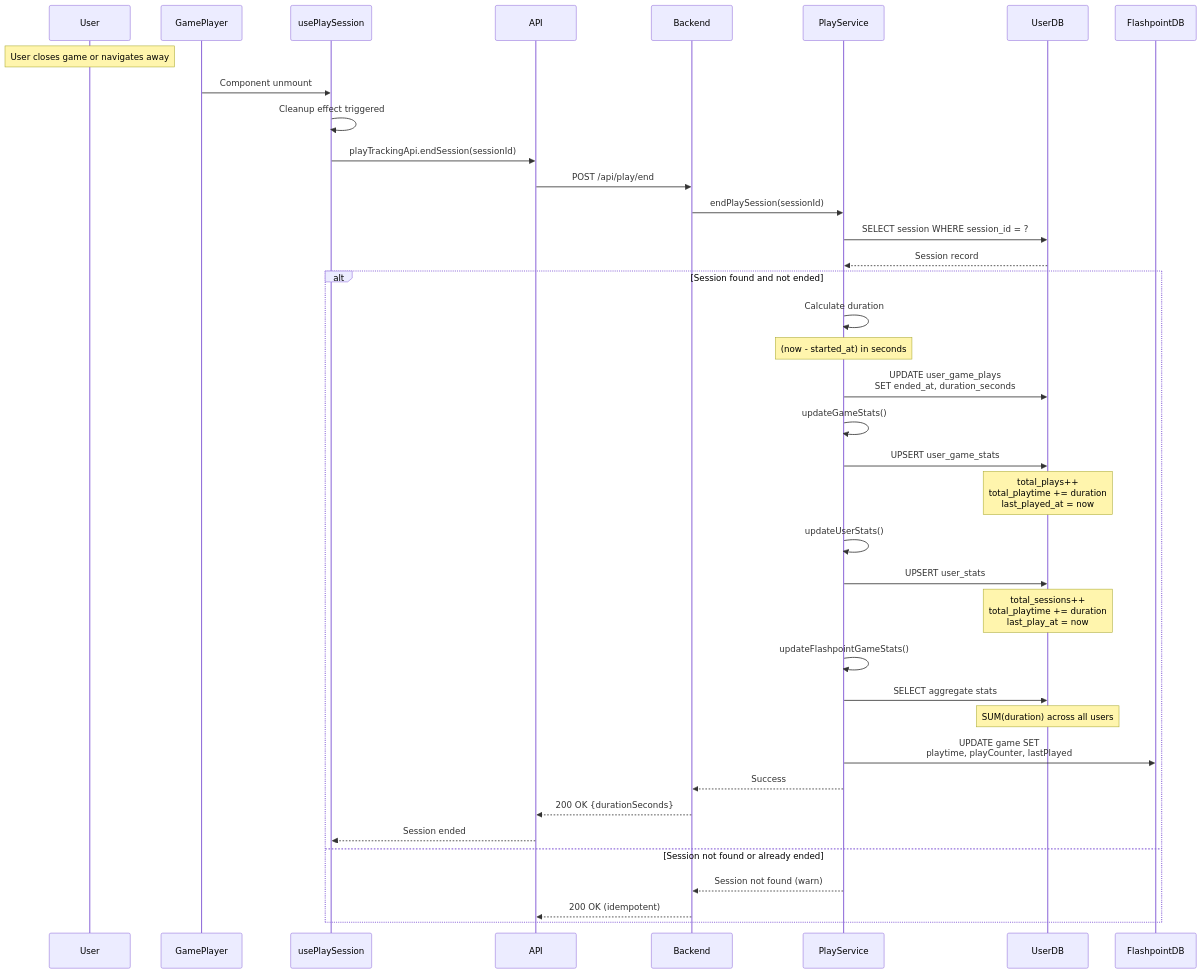
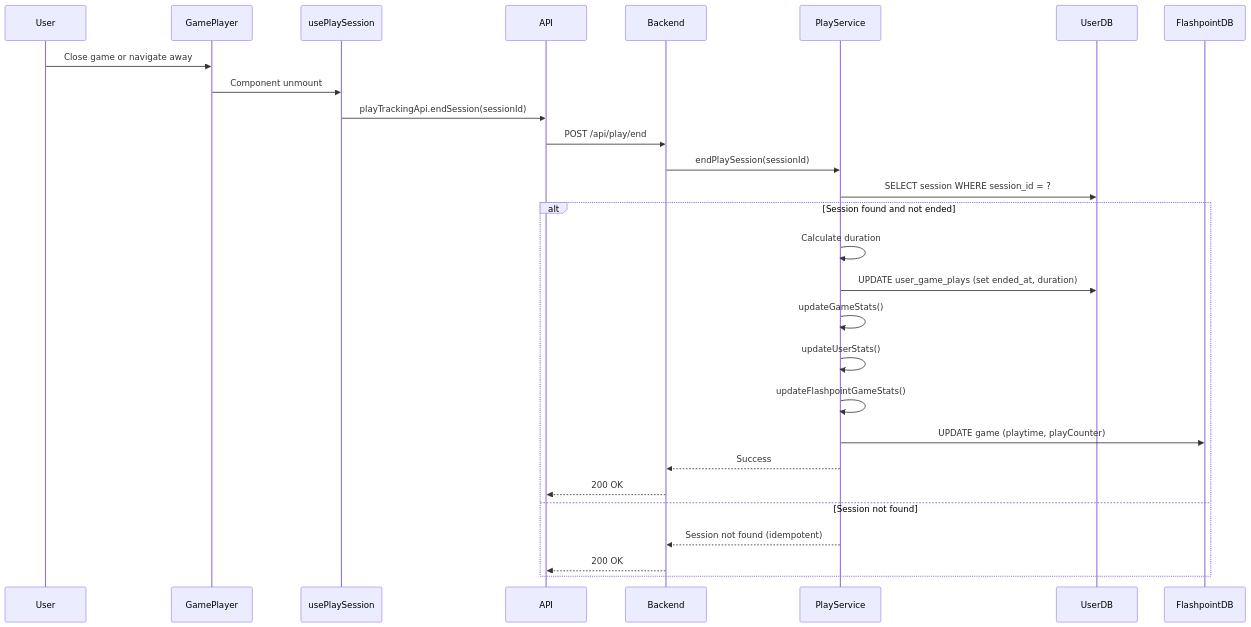
Before and after one commit to darkraise/flashpoint-web: the third of 5 diagrams in docs/02-architecture/play-tracking-flow.md, drawn with Mermaid. The commit also changed other lines of this file and 98 other files, not shown here.

````diff
--- a/docs/02-architecture/play-tracking-flow.md
+++ b/docs/02-architecture/play-tracking-flow.md
@@ -223,52 +156,33 @@
 ```mermaid
 sequenceDiagram
     participant User
     participant GamePlayer
     participant usePlaySession
     participant API
     participant Backend
     participant PlayService
     participant UserDB
     participant FlashpointDB
 
-    Note over User: User closes game or navigates away
-
+    User->>GamePlayer: Close game or navigate away
     GamePlayer->>usePlaySession: Component unmount
-    usePlaySession->>usePlaySession: Cleanup effect triggered
-
     usePlaySession->>API: playTrackingApi.endSession(sessionId)
     API->>Backend: POST /api/play/end
 
     Backend->>PlayService: endPlaySession(sessionId)
-
     PlayService->>UserDB: SELECT session WHERE session_id = ?
-    UserDB-->>PlayService: Session record
 
     alt Session found and not ended
         PlayService->>PlayService: Calculate duration
-        Note over PlayService: (now - started_at) in seconds
-
-        PlayService->>UserDB: UPDATE user_game_plays<br/>SET ended_at, duration_seconds
-
+        PlayService->>UserDB: UPDATE user_game_plays (set ended_at, duration)
         PlayService->>PlayService: updateGameStats()
-        PlayService->>UserDB: UPSERT user_game_stats
-        Note over UserDB: total_plays++<br/>total_playtime += duration<br/>last_played_at = now
-
         PlayService->>PlayService: updateUserStats()
-        PlayService->>UserDB: UPSERT user_stats
-        Note over UserDB: total_sessions++<br/>total_playtime += duration<br/>last_play_at = now
-
         PlayService->>PlayService: updateFlashpointGameStats()
-        PlayService->>UserDB: SELECT aggregate stats
-        Note over UserDB: SUM(duration) across all users
-
-        PlayService->>FlashpointDB: UPDATE game SET<br/>playtime, playCounter, lastPlayed
-
+        PlayService->>FlashpointDB: UPDATE game (playtime, playCounter)
         PlayService-->>Backend: Success
-        Backend-->>API: 200 OK {durationSeconds}
-        API-->>usePlaySession: Session ended
-    else Session not found or already ended
-        PlayService-->>Backend: Session not found (warn)
-        Backend-->>API: 200 OK (idempotent)
+        Backend-->>API: 200 OK
+    else Session not found
+        PlayService-->>Backend: Session not found (idempotent)
+        Backend-->>API: 200 OK
     end
 ```
````
